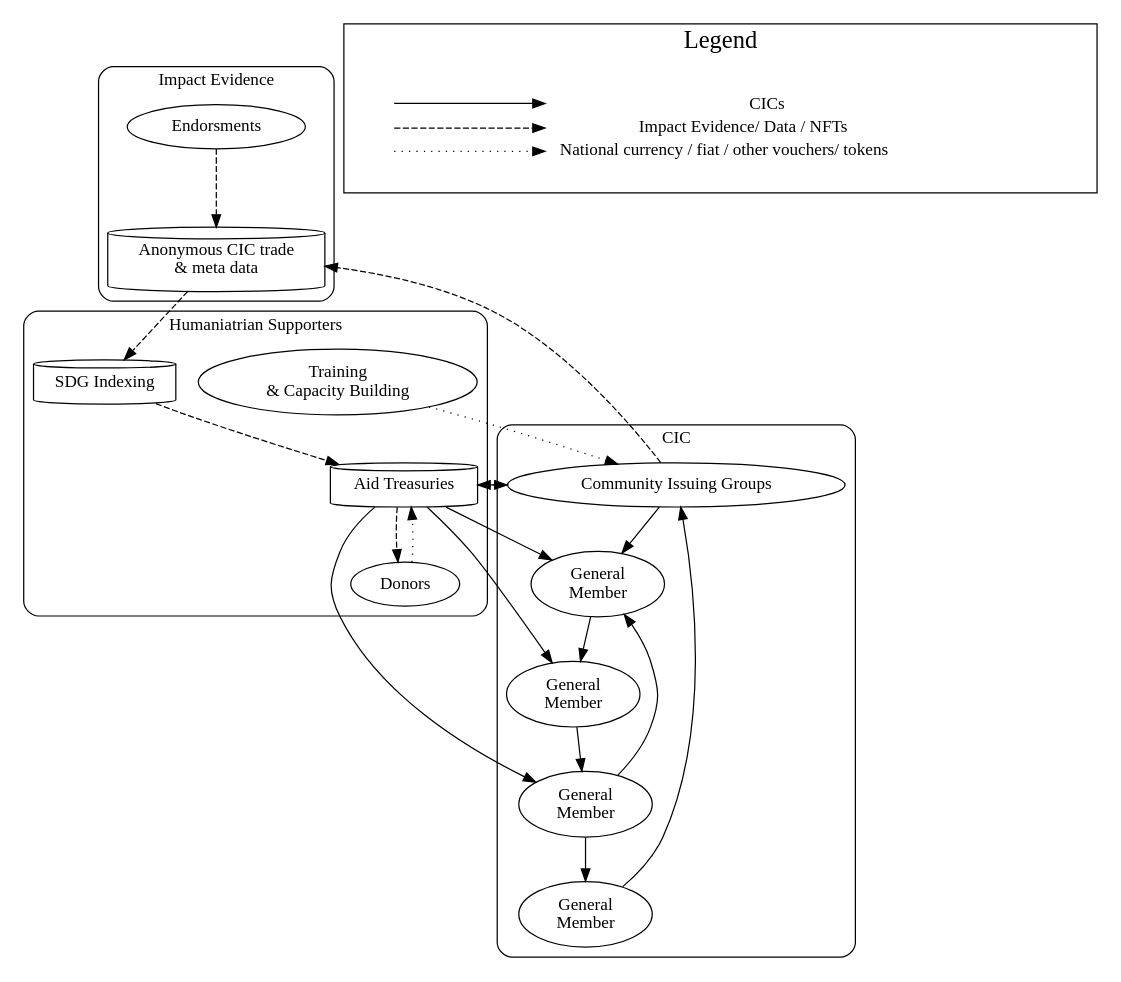
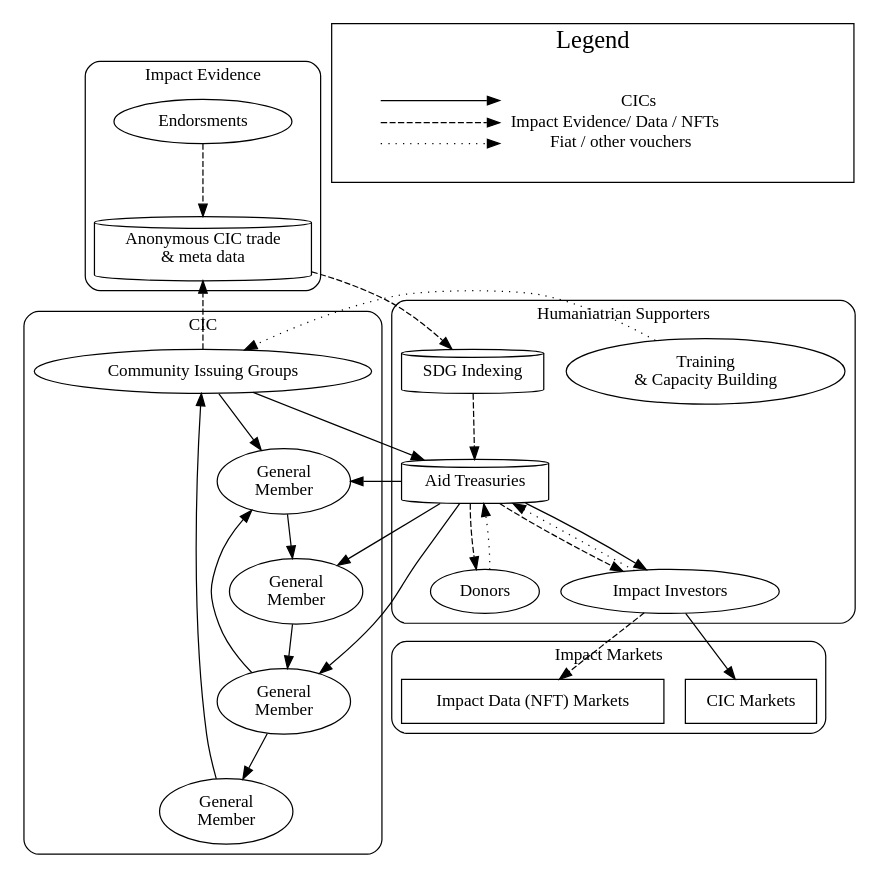
Before and after one commit to grassrootseconomics/docs.grassecon.org: the second of 2 diagrams in docs/ops.md, drawn with Graphviz.

Commit message:
style on aid diagram

````diff
--- a/docs/ops.md
+++ b/docs/ops.md
@@ -84,8 +84,9 @@
 ```graphviz dot hum_dev.svg
 digraph D {
- compound=true;
+rank="sink";
+compound=true;
 
-  subgraph cluster_v {
+  subgraph cluster_v_1 {
       
     label = "CIC";
      style="rounded"
@@ -101,8 +102,7 @@
 
   }
 
-
-  subgraph cluster_data {
+  subgraph cluster_data_2 {
       
     label = "Impact Evidence";
      style="rounded"
@@ -114,7 +114,17 @@
 
   }
 
-  subgraph cluster_index {
+  subgraph cluster_market_5 {
+     rank=tb;
+     label = "Impact Markets";
+     style="rounded"
+	cucm [label= "CIC Markets", shape = box]
+	nftm [label= "Impact Data (NFT) Markets", shape = box]
+
+  }
+
+
+  subgraph cluster_index_3 {
       
     label = "Humaniatrian Supporters";
      style="rounded"
@@ -124,13 +134,19 @@
 	indexer [label= "SDG Indexing", shape = cylinder]
 	treasuries [label= "Aid Treasuries", shape = cylinder]
 	donors [label= "Donors"]
+	impacti[label= "Impact Investors"]
 
   }
 
   donors -> treasuries [style = dotted];
+  impacti -> treasuries [style = dotted, constraint=false];
+  impacti -> nftm [style = dashed, constraint=false];
+  impacti -> cucm 
   treasuries -> donors [style = dashed];
+  treasuries -> impacti [style = dashed];
+  treasuries -> impacti
+
   chama -> datam [ style = dashed    ];
-  treasuries -> chama [ style = dotted    ];
   chama -> treasuries
   endo -> datam [ style = dashed    ];
   datam -> indexer [ style = dashed    ];
@@ -141,21 +157,21 @@
   treasuries  -> nd_3a
   
 
-subgraph clusterLegend { 
+subgraph clusterLegend_5 { 
     rank = sink;
     label = "Legend";
     fontsize = 20
     node [ color="white" ]
     {rank=same; key, key2}
-    key [ label=<<table border="0" cellpadding="2" cellspacing="0" cellborder="0">
+    key [ label=<<table border="0" cellpadding="1" cellspacing="0" cellborder="0">
       <tr><td align="right" port="i1"> </td></tr>
       <tr><td align="right" port="i2"> </td></tr>
       <tr><td align="right" port="i3"> </td></tr>
       </table>> ]
-    key2 [ label=<<table border="0" cellpadding="2" cellspacing="0" cellborder="0">
+    key2 [ label=<<table border="0" cellpadding="1" cellspacing="0" cellborder="0">
       <tr><td align="left" port="i1"> </td><td>CICs</td></tr>
       <tr><td align="left" port="i2"> </td><td>Impact Evidence/ Data / NFTs</td></tr>
-      <tr><td align="left" port="i3"> </td><td>National currency / fiat / other vouchers/ tokens</td></tr>
+      <tr><td align="left" port="i3"> </td><td>Fiat / other vouchers</td></tr>
       </table>>]
     key:i1 -> key2:i1 
     key:i2 -> key2:i2 [ style=dashed ]
````
